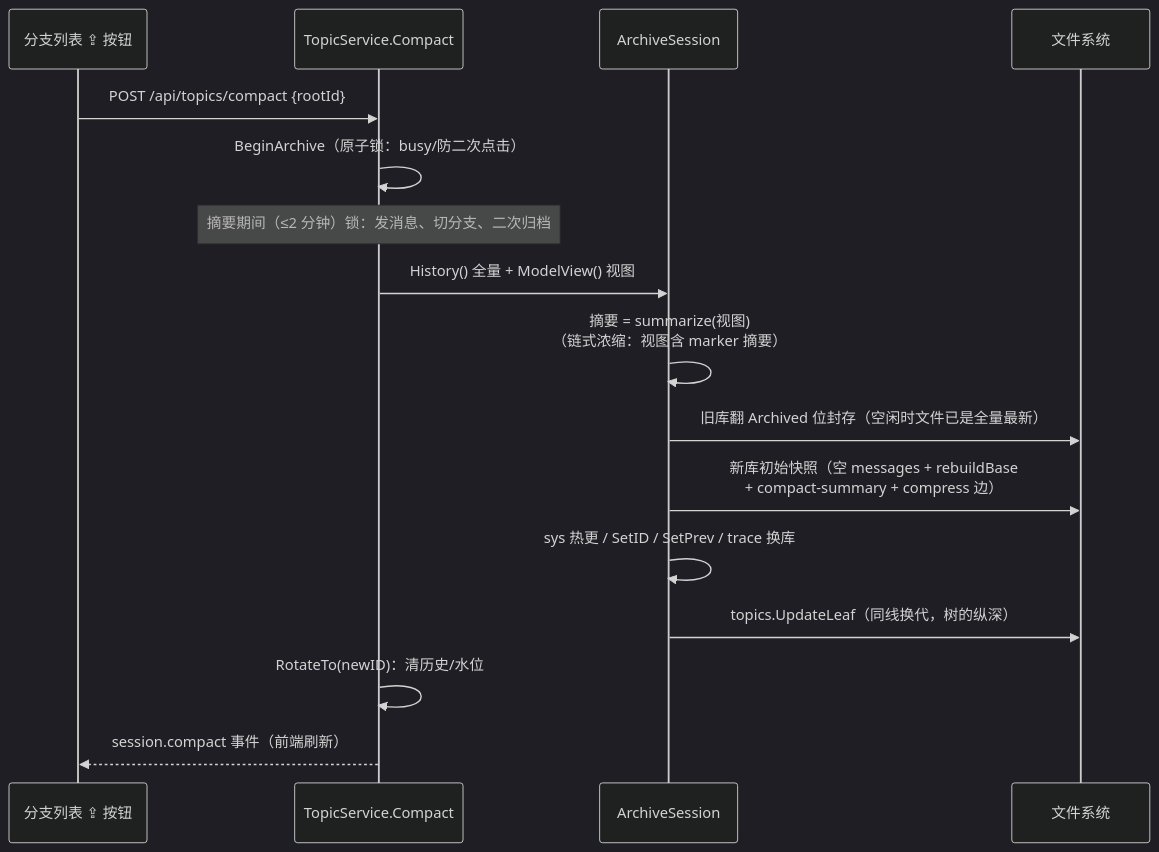
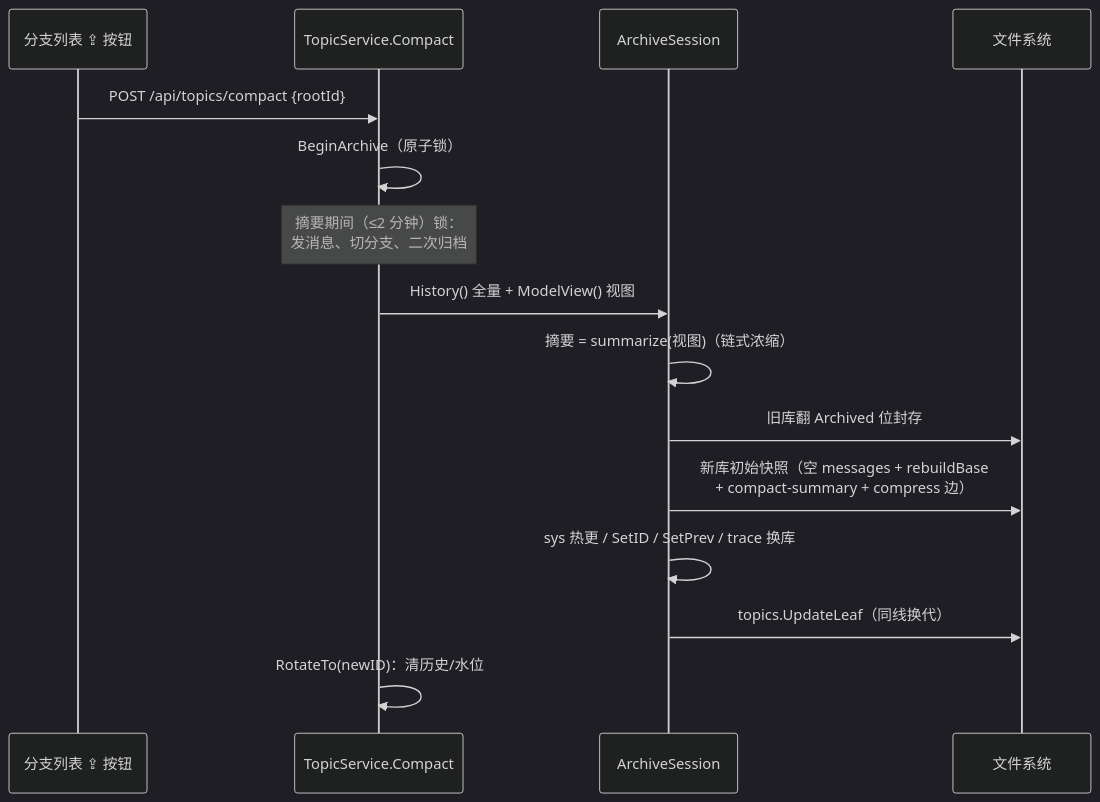
Before and after one commit to JcEvoX/EzHarnesS: the fourth of 8 diagrams in docs/session-context.md, drawn with Mermaid (dark theme). The commit also changed other lines of this file, not shown here.

````diff
--- a/docs/session-context.md
+++ b/docs/session-context.md
@@ -142,19 +73,18 @@
 ```mermaid
 sequenceDiagram
     participant UI as 分支列表 ⇪ 按钮
     participant C as TopicService.Compact
     participant A as ArchiveSession
     participant FS as 文件系统
 
     UI->>C: POST /api/topics/compact {rootId}
-    C->>C: BeginArchive（原子锁：busy/防二次点击）
-    Note over C: 摘要期间（≤2 分钟）锁：发消息、切分支、二次归档
+    C->>C: BeginArchive（原子锁）
+    Note over C: 摘要期间（≤2 分钟）锁：<br/>发消息、切分支、二次归档
     C->>A: History() 全量 + ModelView() 视图
-    A->>A: 摘要 = summarize(视图)<br/>（链式浓缩：视图含 marker 摘要）
-    A->>FS: 旧库翻 Archived 位封存（空闲时文件已是全量最新）
+    A->>A: 摘要 = summarize(视图)（链式浓缩）
+    A->>FS: 旧库翻 Archived 位封存
     A->>FS: 新库初始快照（空 messages + rebuildBase<br/>+ compact-summary + compress 边）
     A->>A: sys 热更 / SetID / SetPrev / trace 换库
-    A->>FS: topics.UpdateLeaf（同线换代，树的纵深）
+    A->>FS: topics.UpdateLeaf（同线换代）
     C->>C: RotateTo(newID)：清历史/水位
-    C-->>UI: session.compact 事件（前端刷新）
 ```
````
